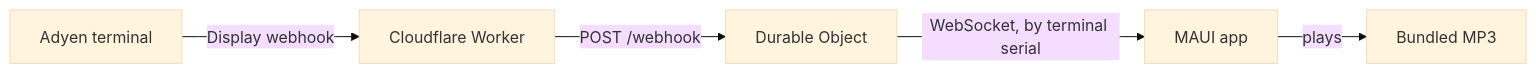
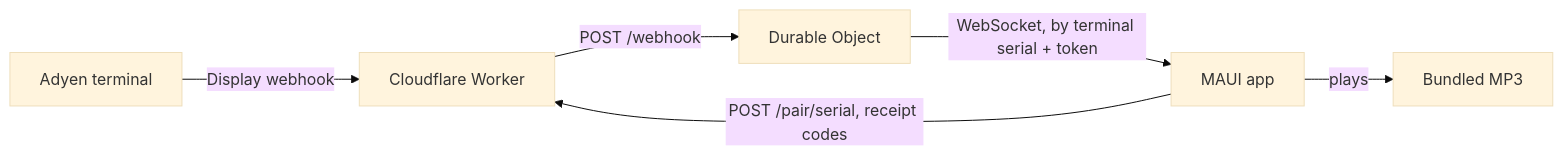
Before and after one commit to astiskala/adyen-out-loud: the diagram in docs/architecture.md, drawn with Mermaid (base theme). The commit also changed other lines of this file and 45 other files, not shown here.

First line of the commit message:
feat: pair devices with receipt codes and publish release builds

````diff
--- a/docs/architecture.md
+++ b/docs/architecture.md
@@ -3,7 +3,8 @@
 ```mermaid
 flowchart LR
     T[Adyen terminal] -->|Display webhook| W[Cloudflare Worker]
     W -->|POST /webhook| DO[Durable Object]
-    DO -->|WebSocket, by terminal serial| APP[MAUI app]
+    APP -->|POST /pair/serial, receipt codes| W
+    DO -->|WebSocket, by terminal serial + token| APP[MAUI app]
     APP -->|plays| MP3[Bundled MP3]
 ```
````
